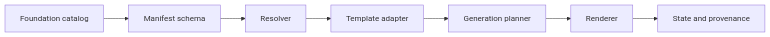
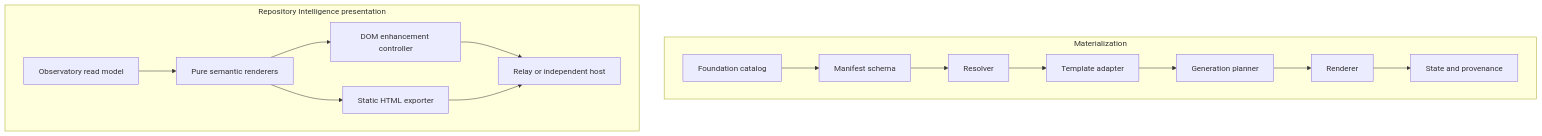
Before and after one commit to egohygiene/holon: the diagram in ARCHITECTURE.md, drawn with Mermaid. The commit also changed other lines of this file and 25 other files, not shown here.

````diff
--- a/ARCHITECTURE.md
+++ b/ARCHITECTURE.md
@@ -44,16 +44,30 @@
 ```mermaid
-flowchart LR
+flowchart TB
+  subgraph Materialization
   S1[Foundation catalog]
   S2[Manifest schema]
   S3[Resolver]
   S4[Template adapter]
   S5[Generation planner]
   S6[Renderer]
   S7[State and provenance]
   S1 --> S2
   S2 --> S3
   S3 --> S4
   S4 --> S5
   S5 --> S6
   S6 --> S7
+  end
+  subgraph Repository Intelligence presentation
+  O1[Observatory read model]
+  O2[Pure semantic renderers]
+  O3[DOM enhancement controller]
+  O4[Static HTML exporter]
+  O5[Relay or independent host]
+  O1 --> O2
+  O2 --> O3
+  O2 --> O4
+  O3 --> O5
+  O4 --> O5
+  end
 ```
````
